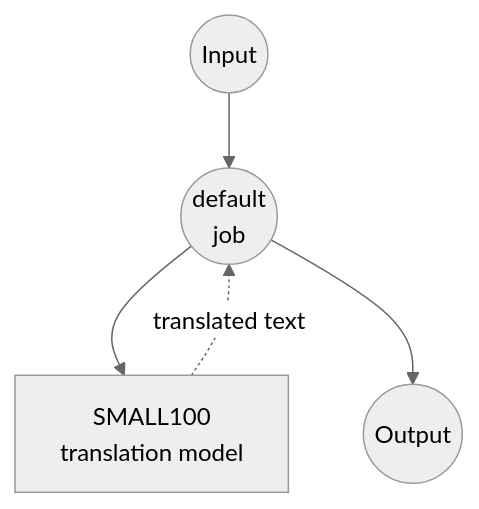
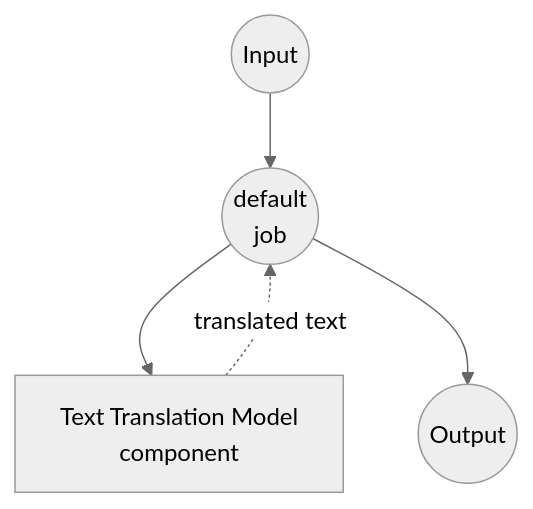
One commit to hanyeol/model-compose changed the diagram in examples/model-tasks/translation/README.md. Above: the diagram before and after it, drawn with Mermaid (neutral theme). The commit also changed 21 other files, not shown here.

````diff
--- a/examples/model-tasks/translation/README.md
+++ b/examples/model-tasks/translation/README.md
@@ -111,16 +111,16 @@
 ```mermaid
 graph TD
     %% Default job (implicit)
     J1((default<br/>job))
 
     %% Component
-    C1[SMALL100<br/>translation model]
+    C1[Text Translation Model<br/>component]
 
     %% Job to component connections (solid: invokes, dotted: returns)
     J1 --> C1
     C1 -.-> |translated text| J1
 
     %% Input/Output
     Input((Input)) --> J1
     J1 --> Output((Output))
 ```
````
